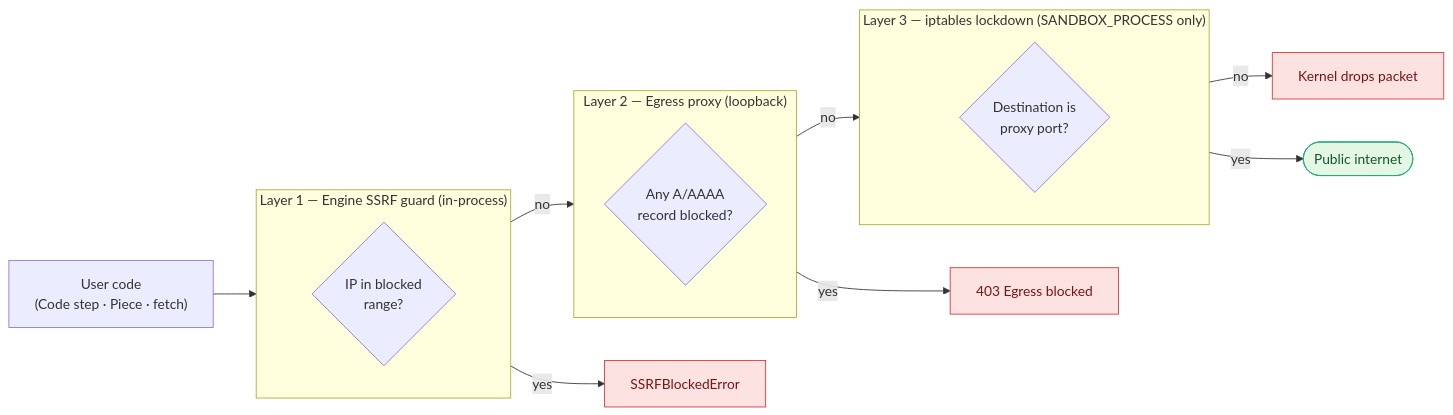
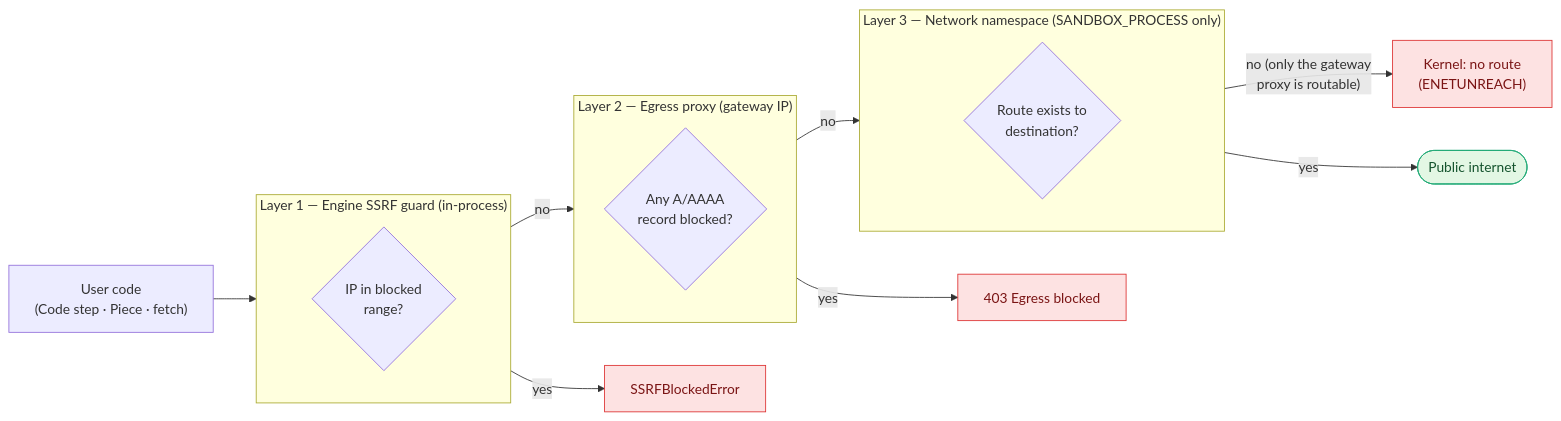
Before and after one commit to activepieces/activepieces: the diagram in docs/install/architecture/network-security.mdx, drawn with Mermaid. The commit also changed other lines of this file and 2 other files, not shown here.

Commit message:
docs(network-isolation): update network-security, env-vars, sandboxing for netns model

````diff
--- a/docs/install/architecture/network-security.mdx
+++ b/docs/install/architecture/network-security.mdx
@@ -38,37 +38,37 @@
 ```mermaid
 flowchart LR
     UC["User code<br/>(Code step · Piece · fetch)"]
 
     subgraph L1["Layer 1 — Engine SSRF guard (in-process)"]
         direction TB
         L1check{"IP in blocked<br/>range?"}
     end
 
-    subgraph L2["Layer 2 — Egress proxy (loopback)"]
+    subgraph L2["Layer 2 — Egress proxy (gateway IP)"]
         direction TB
         L2check{"Any A/AAAA<br/>record blocked?"}
     end
 
-    subgraph L3["Layer 3 — iptables lockdown (SANDBOX_PROCESS only)"]
+    subgraph L3["Layer 3 — Network namespace (SANDBOX_PROCESS only)"]
         direction TB
-        L3check{"Destination is<br/>proxy port?"}
+        L3check{"Route exists to<br/>destination?"}
     end
 
     NET(["Public internet"])
     B1["SSRFBlockedError"]
     B2["403 Egress blocked"]
-    B3["Kernel drops packet"]
+    B3["Kernel: no route<br/>(ENETUNREACH)"]
 
     UC --> L1check
     L1check -- yes --> B1
     L1check -- no --> L2check
     L2check -- yes --> B2
     L2check -- no --> L3check
-    L3check -- no --> B3
+    L3check -- "no (only the gateway<br/>proxy is routable)" --> B3
     L3check -- yes --> NET
 
     classDef blocked fill:#fde2e2,stroke:#d33,color:#7a1414
     classDef allowed fill:#e3f7e4,stroke:#2a7,color:#14532d
     class B1,B2,B3 blocked
     class NET allowed
 ```
````
